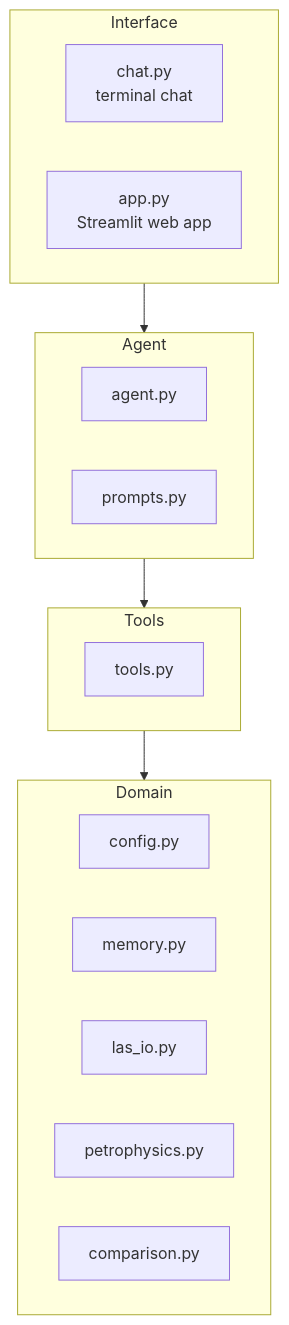
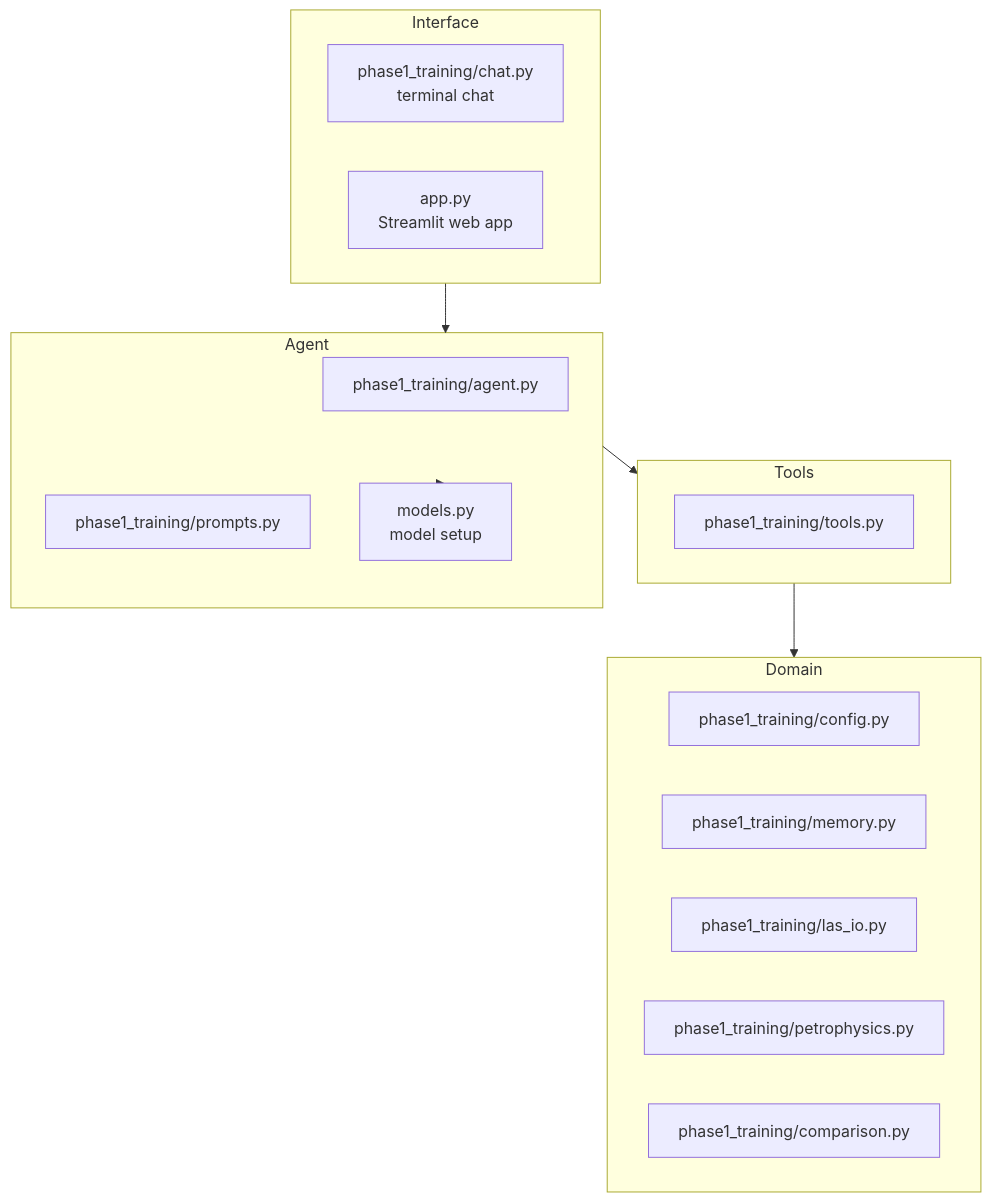
Before and after one commit to bassemsalah019-debug/Well-Log-Analyst-Agent: the diagram in README.md, drawn with Mermaid. The commit also changed other lines of this file, not shown here.

````diff
--- a/README.md
+++ b/README.md
@@ -17,24 +17,26 @@
 ```mermaid
 flowchart TB
     subgraph Interface
-        chat["chat.py<br/>terminal chat"]
+        chat["phase1_training/chat.py<br/>terminal chat"]
         app["app.py<br/>Streamlit web app"]
     end
     subgraph Agent
-        agent["agent.py"]
-        prompts["prompts.py"]
+        agent["phase1_training/agent.py"]
+        prompts["phase1_training/prompts.py"]
+        models["models.py<br/>model setup"]
     end
     subgraph Tools
-        tools["tools.py"]
+        tools["phase1_training/tools.py"]
     end
     subgraph Domain
-        config["config.py"]
-        memory["memory.py"]
-        las_io["las_io.py"]
-        petrophysics["petrophysics.py"]
-        comparison["comparison.py"]
+        config["phase1_training/config.py"]
+        memory["phase1_training/memory.py"]
+        las_io["phase1_training/las_io.py"]
+        petrophysics["phase1_training/petrophysics.py"]
+        comparison["phase1_training/comparison.py"]
     end
     Interface --> Agent
     Agent --> Tools
+    Agent --> models
     Tools --> Domain
 ```
````
